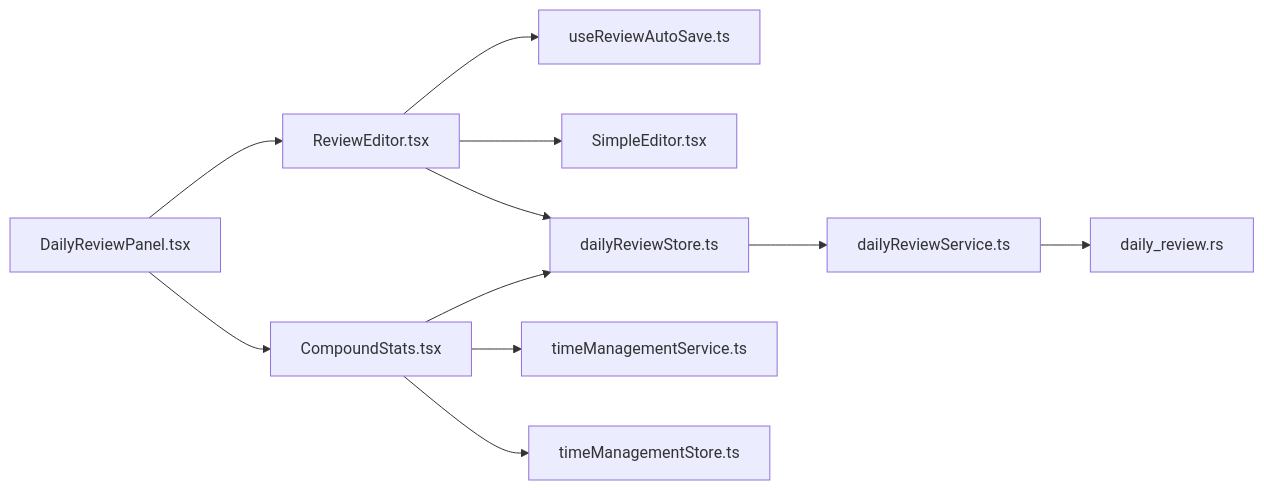
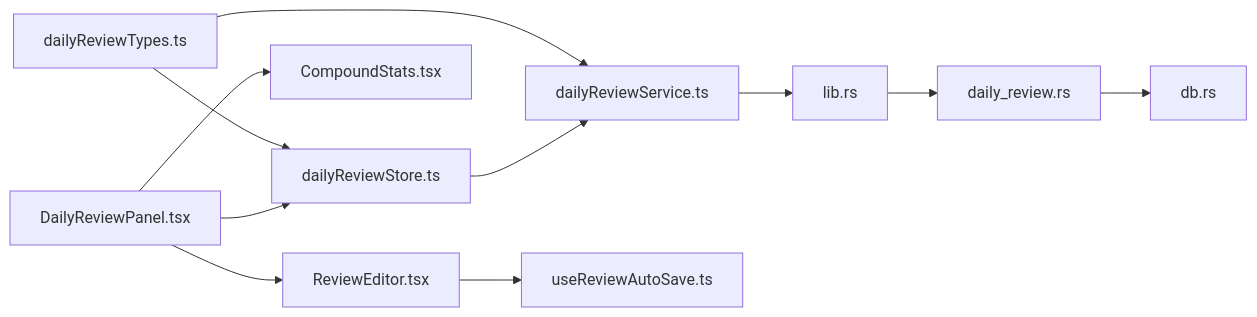
Before and after one commit to gzdxhujiale/FishWorker: the sixth of 6 diagrams in .qoder/repowiki/zh/content/核心功能模块/每日回顾系统.md, drawn with Mermaid. The commit also changed other lines of this file and 238 other files, not shown here.

````diff
--- a/.qoder/repowiki/zh/content/核心功能模块/每日回顾系统.md
+++ b/.qoder/repowiki/zh/content/核心功能模块/每日回顾系统.md
@@ -506,13 +339,13 @@
 ```mermaid
 graph LR
-DRP["DailyReviewPanel.tsx"] --> RE["ReviewEditor.tsx"]
-DRP --> CS["CompoundStats.tsx"]
-RE --> UAS["useReviewAutoSave.ts"]
-RE --> SE["SimpleEditor.tsx"]
-RE --> DRS["dailyReviewStore.ts"]
-CS --> DRS
-DRS --> DRC["dailyReviewService.ts"]
-DRC --> DR_RS["daily_review.rs"]
-CS --> TMSV["timeManagementService.ts"]
-CS --> TMST["timeManagementStore.ts"]
+Types["dailyReviewTypes.ts"] --> Store["dailyReviewStore.ts"]
+Types --> Service["dailyReviewService.ts"]
+Store --> Service
+Panel["DailyReviewPanel.tsx"] --> Store
+Panel --> Stats["CompoundStats.tsx"]
+Panel --> Editor["ReviewEditor.tsx"]
+Editor --> AutoSave["useReviewAutoSave.ts"]
+Service --> Tauri["lib.rs"]
+Tauri --> Cmd["daily_review.rs"]
+Cmd --> DB["db.rs"]
 ```
````
